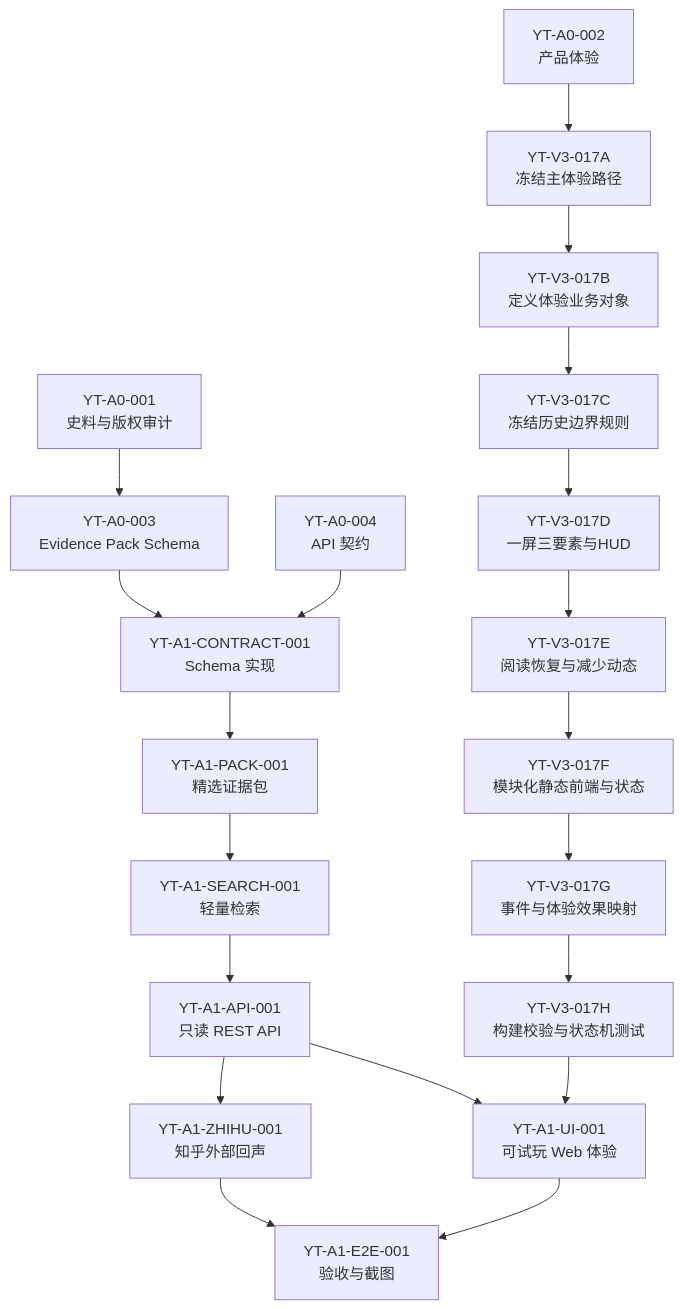
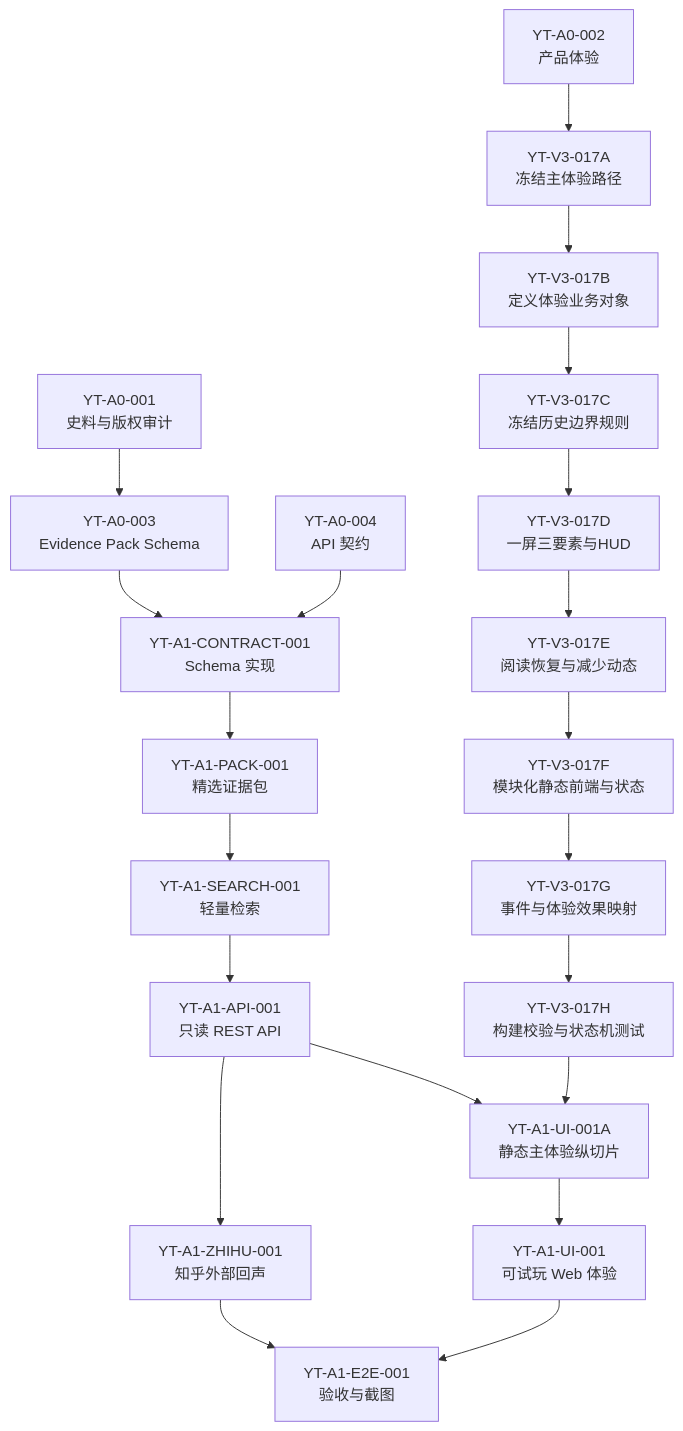
Before and after one commit to baijianqing/yantie-history: the diagram in docs/YANTIE_TASK_BREAKDOWN.md, drawn with Mermaid. The commit also changed other lines of this file, not shown here.

````diff
--- a/docs/YANTIE_TASK_BREAKDOWN.md
+++ b/docs/YANTIE_TASK_BREAKDOWN.md
@@ -24,23 +24,24 @@
 ```mermaid
 flowchart TB
     A001["YT-A0-001<br/>史料与版权审计"] --> A003["YT-A0-003<br/>Evidence Pack Schema"]
     A002["YT-A0-002<br/>产品体验"]
     A003 --> C001["YT-A1-CONTRACT-001<br/>Schema 实现"]
     A004["YT-A0-004<br/>API 契约"] --> C001
     C001 --> P001["YT-A1-PACK-001<br/>精选证据包"]
     P001 --> S001["YT-A1-SEARCH-001<br/>轻量检索"]
     S001 --> API001["YT-A1-API-001<br/>只读 REST API"]
-    API001 --> UI001["YT-A1-UI-001<br/>可试玩 Web 体验"]
+    API001 --> UI001A["YT-A1-UI-001A<br/>静态主体验纵切片"]
+    UI001A --> UI001["YT-A1-UI-001<br/>可试玩 Web 体验"]
     API001 --> ZH001["YT-A1-ZHIHU-001<br/>知乎外部回声"]
     UI001 --> E2E001["YT-A1-E2E-001<br/>验收与截图"]
     ZH001 --> E2E001
     A002 --> V3017A["YT-V3-017A<br/>冻结主体验路径"]
     V3017A --> V3017B["YT-V3-017B<br/>定义体验业务对象"]
     V3017B --> V3017C["YT-V3-017C<br/>冻结历史边界规则"]
     V3017C --> V3017D["YT-V3-017D<br/>一屏三要素与HUD"]
     V3017D --> V3017E["YT-V3-017E<br/>阅读恢复与减少动态"]
     V3017E --> V3017F["YT-V3-017F<br/>模块化静态前端与状态"]
     V3017F --> V3017G["YT-V3-017G<br/>事件与体验效果映射"]
     V3017G --> V3017H["YT-V3-017H<br/>构建校验与状态机测试"]
-    V3017H --> UI001
+    V3017H --> UI001A
 ```
````
